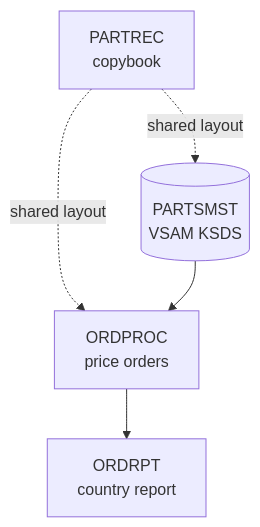
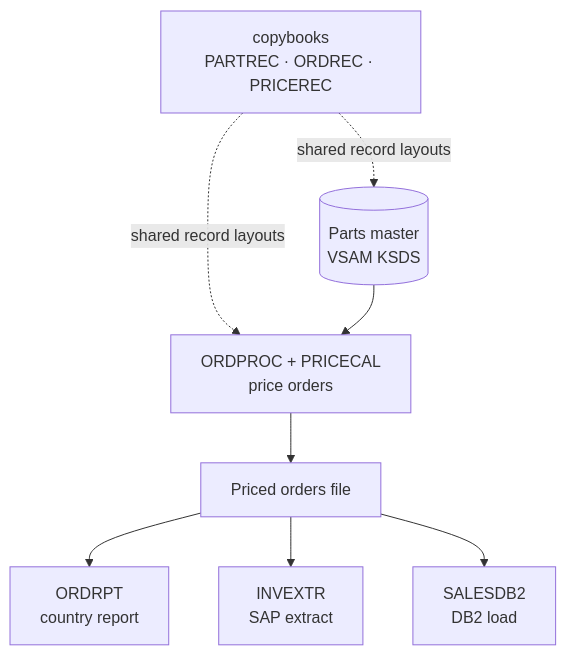
One commit to janvaclavikorganization/zos-autoparts-lab changed the first of 2 diagrams in docs/architecture.md. Above: the diagram before and after it, drawn with Mermaid. The commit also changed other lines of this file and 9 other files, not shown here.

````diff
--- a/docs/architecture.md
+++ b/docs/architecture.md
@@ -17,11 +8,18 @@
 ```mermaid
 flowchart TB
-    CPY[PARTREC<br/>copybook]
-    PM[(PARTSMST<br/>VSAM KSDS)]
-    PROC[ORDPROC<br/>price orders]
+    CPY[copybooks<br/>PARTREC · ORDREC · PRICEREC]
+    PM[(Parts master<br/>VSAM KSDS)]
+    PROC[ORDPROC + PRICECAL<br/>price orders]
     RPT[ORDRPT<br/>country report]
-    CPY -.shared layout.-> PM
-    CPY -.shared layout.-> PROC
+    INV[INVEXTR<br/>SAP extract]
+    DB2P[SALESDB2<br/>DB2 load]
+    PRICED[Priced orders file]
+
+    CPY -.shared record layouts.-> PM
+    CPY -.shared record layouts.-> PROC
     PM --> PROC
-    PROC --> RPT
+    PROC --> PRICED
+    PRICED --> RPT
+    PRICED --> INV
+    PRICED --> DB2P
 ```
````
